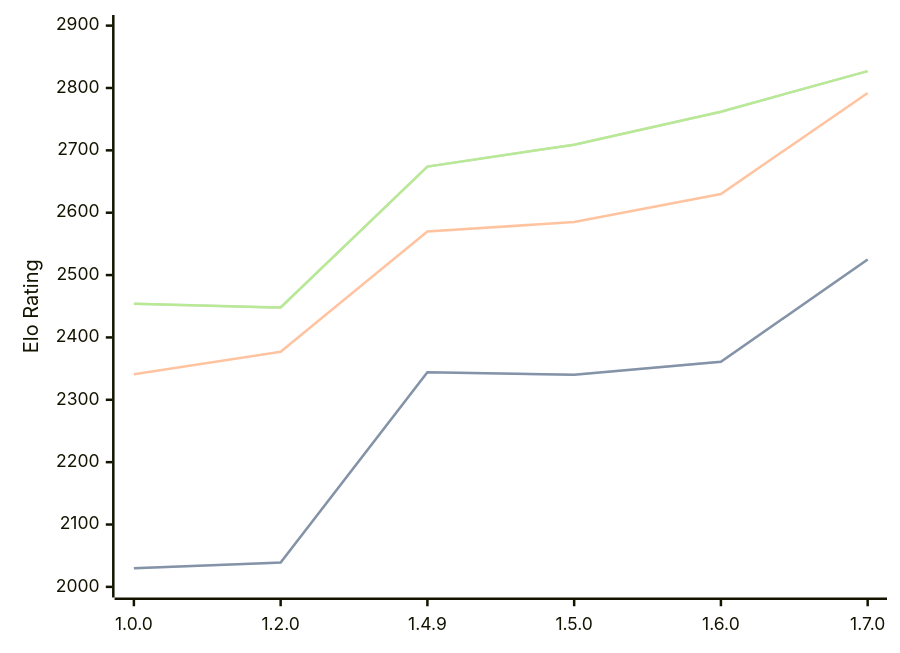
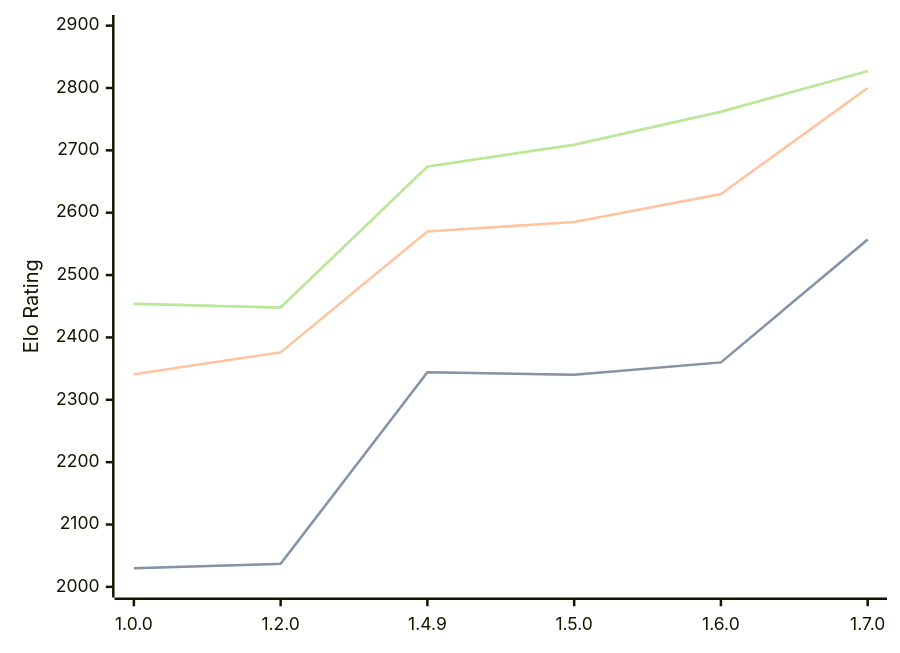
Before and after one commit to computer-chess-index/cci: the first of 3 diagrams in engines/Basilisk.md, drawn with Mermaid. The commit also changed other lines of this file, not shown here.

````diff
--- a/engines/Basilisk.md
+++ b/engines/Basilisk.md
@@ -50,11 +50,11 @@
 ```mermaid
 %%{init: {"theme":"base","themeVariables":{"seriesColors:['#a3a3a3','#222221','#faa371']}}}%%
 xychart-beta
   x-axis ["1.0.0", "1.2.0", "1.4.9", "1.5.0", "1.6.0", "1.7.0"]
   y-axis "Elo Rating" 2000 --> 2900
-  line "STC (8.0+0.08s)" [2030, 2039, 2344, 2340, 2361, 2525]
-  line "STC (8.0+0.08s)" [2030, 2039, 2344, 2340, 2361, 2525]
-  line "LTC (60.0+0.60s)" [2341, 2377, 2570, 2585, 2630, 2792]
+  line "STC (8.0+0.08s)" [2030, 2037, 2344, 2340, 2360, 2557]
+  line "STC (8.0+0.08s)" [2030, 2037, 2344, 2340, 2360, 2557]
+  line "LTC (60.0+0.60s)" [2341, 2376, 2570, 2585, 2630, 2800]
   line "VLTC (2m24s+1.12s)" [2454, 2448, 2674, 2709, 2762, 2827]
   line "VLTC (2m24s+1.12s)" [2454, 2448, 2674, 2709, 2762, 2827]
 ```
````
